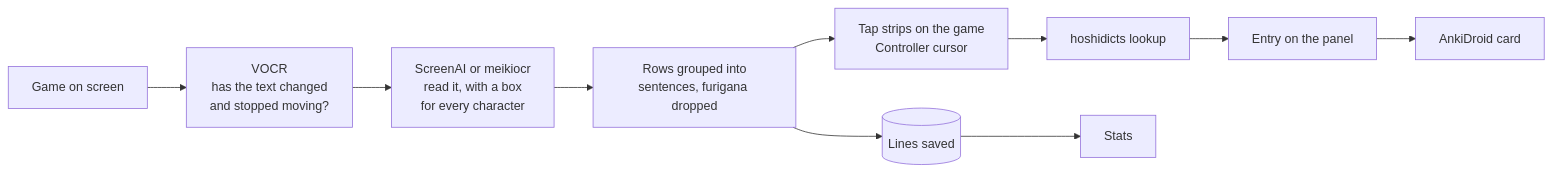
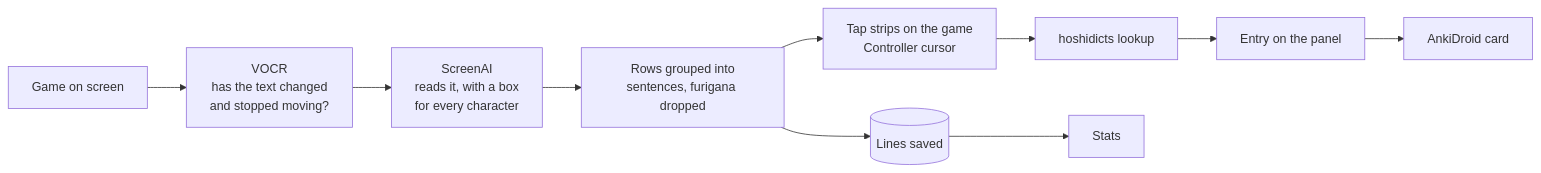
The diagram in README.md (bee-san/LearnFromGames), drawn with Mermaid before and after one commit. The commit also changed other lines of this file and 22 other files, not shown here.

````diff
--- a/README.md
+++ b/README.md
@@ -37,12 +37,12 @@
 ```mermaid
 flowchart LR
     A[Game on screen] --> B[VOCR<br/>has the text changed<br/>and stopped moving?]
-    B --> C[ScreenAI or meikiocr<br/>read it, with a box<br/>for every character]
+    B --> C[ScreenAI<br/>reads it, with a box<br/>for every character]
     C --> D[Rows grouped into<br/>sentences, furigana dropped]
     D --> E[Tap strips on the game<br/>Controller cursor]
     D --> F[(Lines saved)]
     E --> G[hoshidicts lookup]
     G --> H[Entry on the panel]
     H --> I[AnkiDroid card]
     F --> J[Stats]
 ```
````
